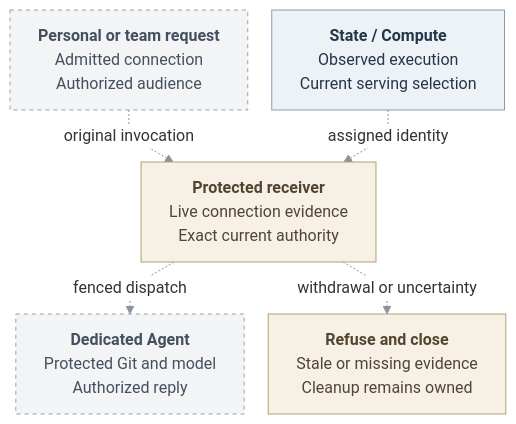
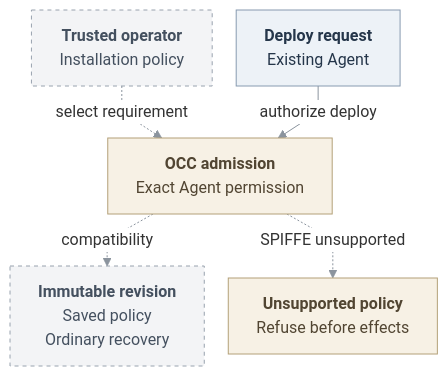
The diagram in specs/basic-agent-identity-mvp.md (SebTardif/openclaw-enterprise), drawn with Mermaid before and after one commit. The commit also changed other lines of this file and 4 other files, not shown here.

Commit message:
docs: clarify identity policy milestones

````diff
--- a/specs/basic-agent-identity-mvp.md
+++ b/specs/basic-agent-identity-mvp.md
@@ -25,33 +27,33 @@
 ```mermaid
 ---
 config:
   theme: base
   htmlLabels: true
   themeVariables:
     fontSize: 16px
     lineColor: "#8B949E"
     edgeLabelBackground: "#FFFFFF"
   flowchart:
     curve: linear
     nodeSpacing: 24
     rankSpacing: 28
     padding: 14
 ---
 flowchart TB
-  Request["<b>Personal or team request</b><br/>Admitted connection<br/>Authorized audience"]
-  Execution["<b>State / Compute</b><br/>Observed execution<br/>Current serving selection"]
-  Receiver["<b>Protected receiver</b><br/>Live connection evidence<br/>Exact current authority"]
-  Work["<b>Dedicated Agent</b><br/>Protected Git and model<br/>Authorized reply"]
-  Refuse["<b>Refuse and close</b><br/>Stale or missing evidence<br/>Cleanup remains owned"]
-  Request -.->|original invocation| Receiver
-  Execution -.->|assigned identity| Receiver
-  Receiver -.->|fenced dispatch| Work
-  Receiver -.->|withdrawal or uncertainty| Refuse
+  Policy["<b>Trusted operator</b><br/>Installation policy"]
+  Request["<b>Deploy request</b><br/>Existing Agent"]
+  Admission["<b>OCC admission</b><br/>Exact Agent permission"]
+  Revision["<b>Immutable revision</b><br/>Saved policy<br/>Ordinary recovery"]
+  Refuse["<b>Unsupported policy</b><br/>Refuse before effects"]
+  Policy -.->|select requirement| Admission
+  Request -->|authorize deploy| Admission
+  Admission -.->|compatibility| Revision
+  Admission -.->|SPIFFE unsupported| Refuse
   classDef pending fill:#F3F4F6,stroke:#98A2AE,color:#44505F,stroke-width:1px,stroke-dasharray:4 4
   classDef state fill:#EDF2F7,stroke:#879AB0,color:#25364A,stroke-width:1px
   classDef gate fill:#F7F1E5,stroke:#B3A078,color:#514532,stroke-width:1px
-  class Request,Work pending
-  class Execution state
-  class Receiver,Refuse gate
+  class Policy,Revision pending
+  class Request state
+  class Admission,Refuse gate
   linkStyle default stroke:#8B949E,stroke-width:1px
 ```
````
